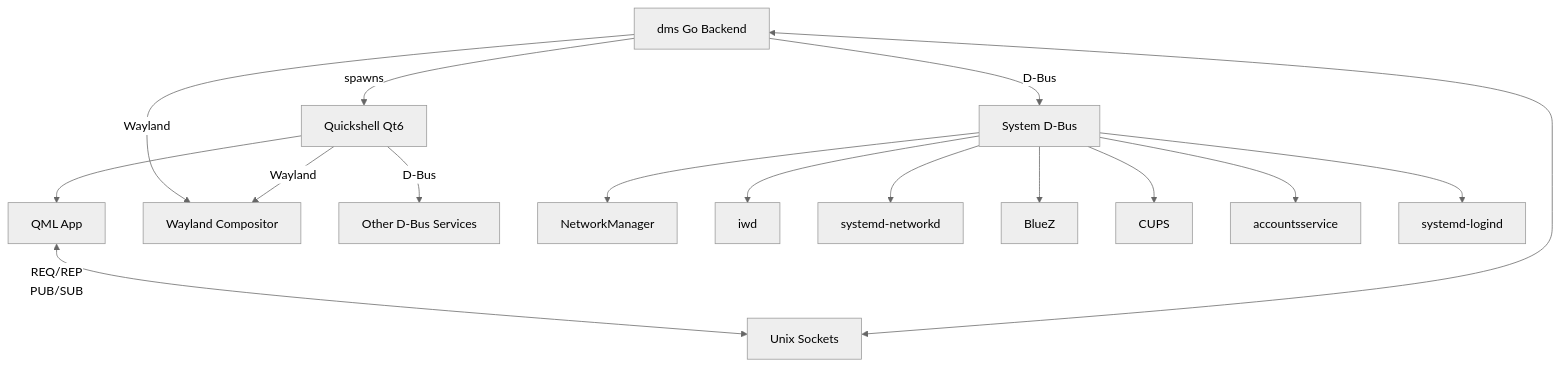
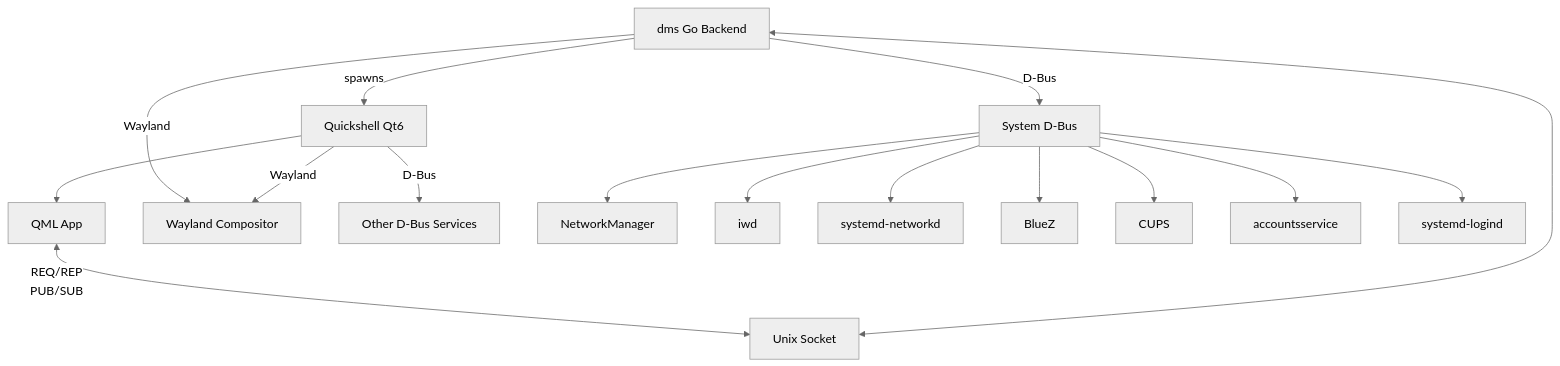
Before and after one commit to AvengeMedia/DankLinux-Docs: the diagram in docs/dankmaterialshell/overview.mdx, drawn with Mermaid (neutral theme). The commit also changed other lines of this file and 1 other file, not shown here.

````diff
--- a/docs/dankmaterialshell/overview.mdx
+++ b/docs/dankmaterialshell/overview.mdx
@@ -50,28 +50,28 @@
 ```mermaid
 flowchart TD
     DMS[dms Go Backend]
     QS[Quickshell Qt6]
     QML[QML App]
-    SOCK[Unix Sockets]
+    SOCK[Unix Socket]
 
     WL[Wayland Compositor]
     DBUS[System D-Bus]
 
     DMS -->|spawns| QS
     QS --> QML
     QML <-->|REQ/REP<br/>PUB/SUB| SOCK
     SOCK <--> DMS
 
     DMS -->|D-Bus| DBUS
     DMS -->|Wayland| WL
     QS -->|D-Bus| DBUS_OTHER[Other D-Bus Services]
     QS -->|Wayland| WL
 
     DBUS --> NM[NetworkManager]
     DBUS --> IWD[iwd]
     DBUS --> NETD[systemd-networkd]
     DBUS --> BLZ[BlueZ]
     DBUS --> CUPS[CUPS]
     DBUS --> ACC[accountsservice]
     DBUS --> LOGIN[systemd-logind]
 ```
````
